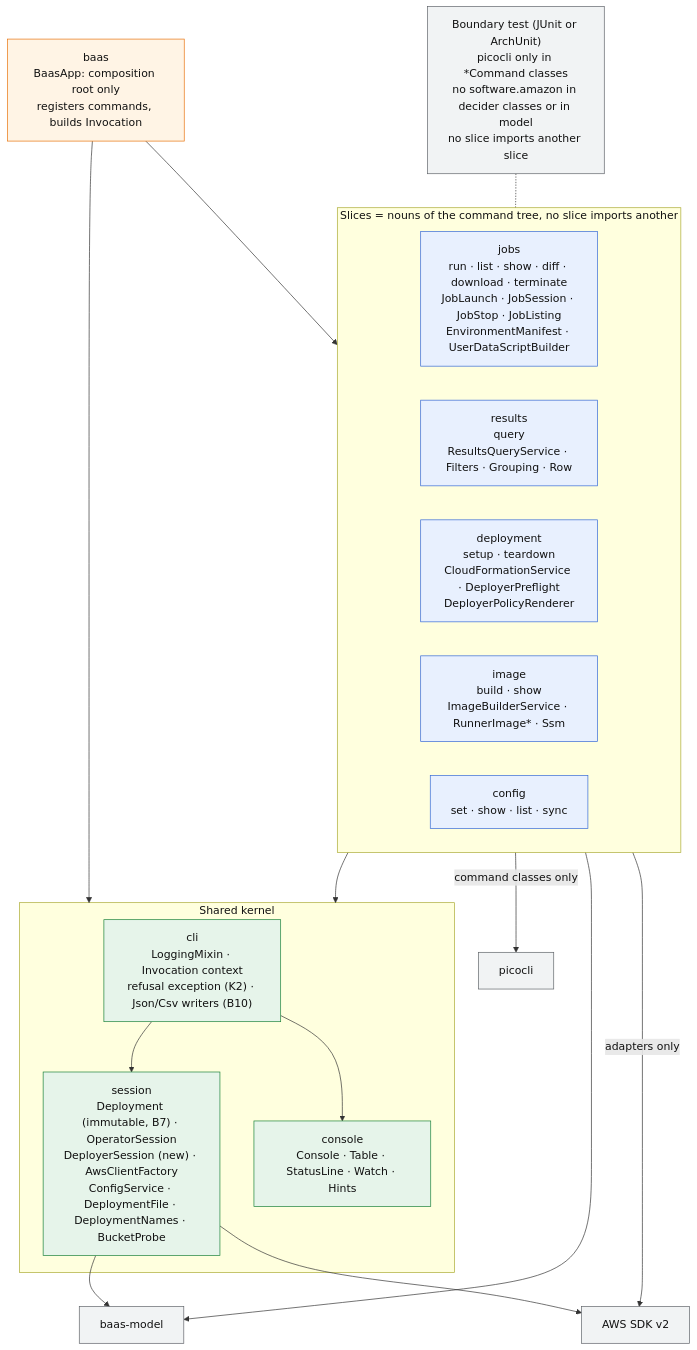
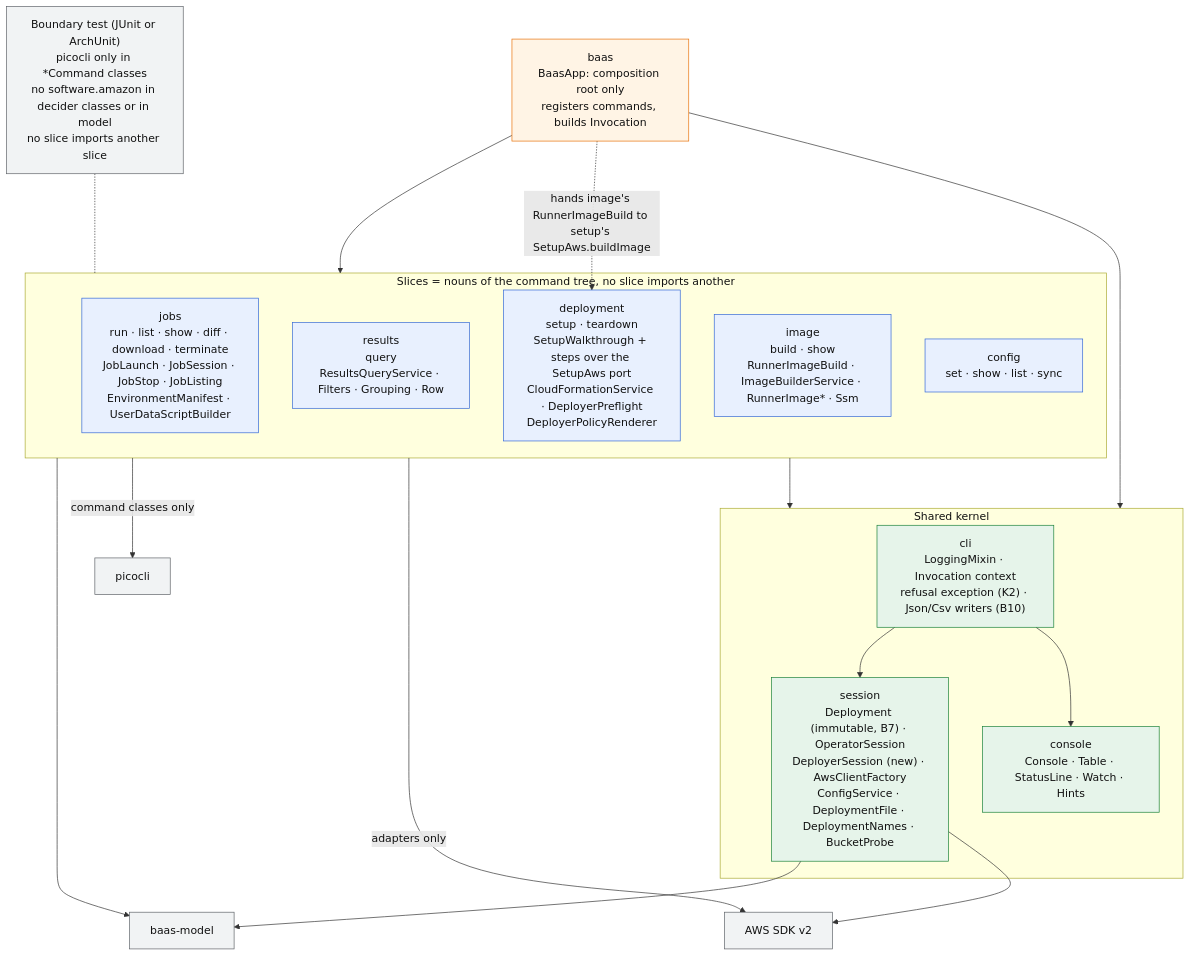
One commit to wsztajerowski/benchmark-as-a-service changed the diagram in docs/review/2026-10-13-codebase-review/diagrams/target-packages.mmd. Above: the diagram before and after it, drawn with Mermaid. The commit also changed 8 other files, not shown here.

```diff
--- a/docs/review/2026-10-13-codebase-review/diagrams/target-packages.mmd
+++ b/docs/review/2026-10-13-codebase-review/diagrams/target-packages.mmd
@@ -1,40 +1,41 @@
 %% Target: baas-cli as vertical slices by noun over a small shared kernel. Arrows are the only allowed imports.
 flowchart TB
   classDef root fill:#fff4e5,stroke:#e8710a,color:#111
   classDef slice fill:#e8f0fe,stroke:#3367d6,color:#111
   classDef kernel fill:#e6f4ea,stroke:#188038,color:#111
   classDef ext fill:#f1f3f4,stroke:#5f6368,color:#111
 
   APP["baas<br/>BaasApp: composition root only<br/>registers commands, builds Invocation"]:::root
 
   subgraph SLICES["Slices = nouns of the command tree, no slice imports another"]
     JOBS["jobs<br/>run · list · show · diff · download · terminate<br/>JobLaunch · JobSession · JobStop · JobListing<br/>EnvironmentManifest · UserDataScriptBuilder"]:::slice
     RES["results<br/>query<br/>ResultsQueryService · Filters · Grouping · Row"]:::slice
-    DEP["deployment<br/>setup · teardown<br/>CloudFormationService · DeployerPreflight<br/>DeployerPolicyRenderer"]:::slice
-    IMG["image<br/>build · show<br/>ImageBuilderService · RunnerImage* · Ssm"]:::slice
+    DEP["deployment<br/>setup · teardown<br/>SetupWalkthrough + steps over the SetupAws port<br/>CloudFormationService · DeployerPreflight<br/>DeployerPolicyRenderer"]:::slice
+    IMG["image<br/>build · show<br/>RunnerImageBuild · ImageBuilderService · RunnerImage* · Ssm"]:::slice
     CFG["config<br/>set · show · list · sync"]:::slice
   end
 
   subgraph KERNEL["Shared kernel"]
     CLIK["cli<br/>LoggingMixin · Invocation context<br/>refusal exception (K2) · Json/Csv writers (B10)"]:::kernel
     SES["session<br/>Deployment (immutable, B7) · OperatorSession<br/>DeployerSession (new) · AwsClientFactory<br/>ConfigService · DeploymentFile · DeploymentNames · BucketProbe"]:::kernel
     CON["console<br/>Console · Table · StatusLine · Watch · Hints"]:::kernel
   end
 
   MODEL["baas-model"]:::ext
   SDK["AWS SDK v2"]:::ext
   PICO["picocli"]:::ext
 
   APP --> SLICES
   APP --> KERNEL
   SLICES --> KERNEL
   SLICES --> MODEL
   CLIK --> CON
   CLIK --> SES
   SES --> MODEL
   SES --> SDK
   SLICES -->|"adapters only"| SDK
   SLICES -->|"command classes only"| PICO
+  APP -.->|"hands image's RunnerImageBuild to setup's SetupAws.buildImage"| DEP
 
   RULES["Boundary test (JUnit or ArchUnit)<br/>picocli only in *Command classes<br/>no software.amazon in decider classes or in model<br/>no slice imports another slice"]:::ext
   RULES -.- SLICES
```
